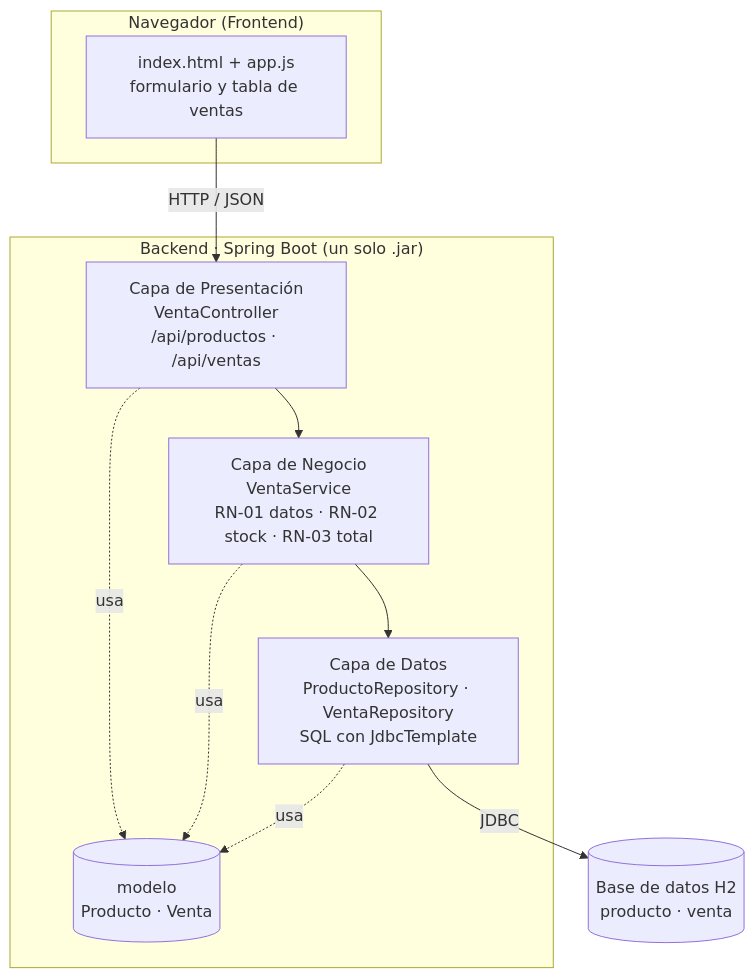
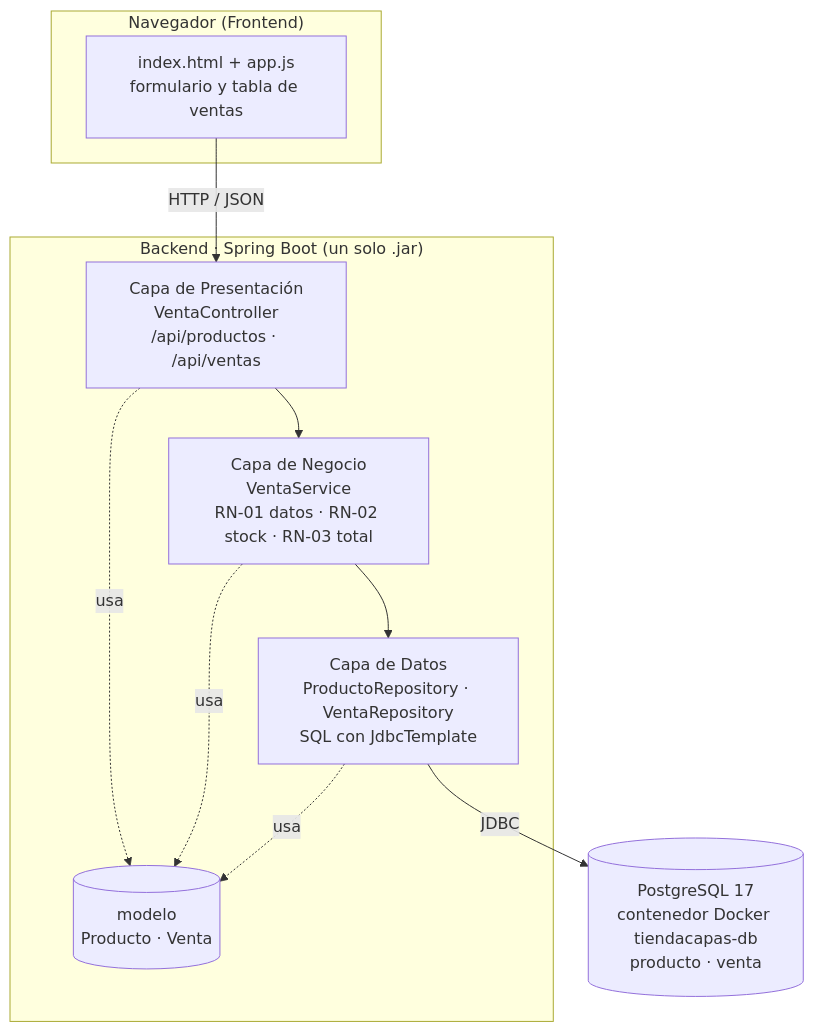
One commit to eduardo18sr/actividad-4puntos-arquitectura-capas changed the first of 2 diagrams in specs/arquitectura/arquitectura.md. Above: the diagram before and after it, drawn with Mermaid. The commit also changed other lines of this file and 17 other files, not shown here.

First line of the commit message:
Base de datos en PostgreSQL con Docker (T10)

````diff
--- a/specs/arquitectura/arquitectura.md
+++ b/specs/arquitectura/arquitectura.md
@@ -17,21 +17,21 @@
 ```mermaid
 flowchart TB
     subgraph FE["Navegador (Frontend)"]
         UI["index.html + app.js<br/>formulario y tabla de ventas"]
     end
     subgraph BE["Backend · Spring Boot (un solo .jar)"]
         P["Capa de Presentación<br/>VentaController<br/>/api/productos · /api/ventas"]
         N["Capa de Negocio<br/>VentaService<br/>RN-01 datos · RN-02 stock · RN-03 total"]
         D["Capa de Datos<br/>ProductoRepository · VentaRepository<br/>SQL con JdbcTemplate"]
         M[("modelo<br/>Producto · Venta")]
     end
-    DB[("Base de datos H2<br/>producto · venta")]
+    DB[("PostgreSQL 17<br/>contenedor Docker tiendacapas-db<br/>producto · venta")]
 
     UI -- "HTTP / JSON" --> P
     P --> N
     N --> D
     D -- "JDBC" --> DB
     P -.usa.-> M
     N -.usa.-> M
     D -.usa.-> M
 ```
````
